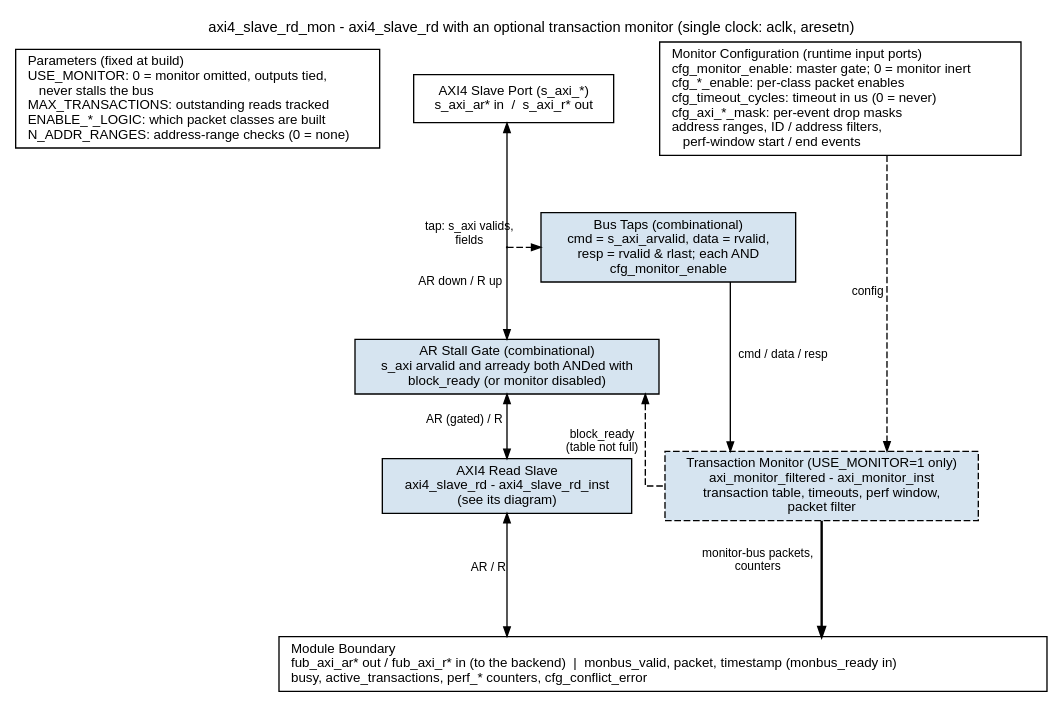
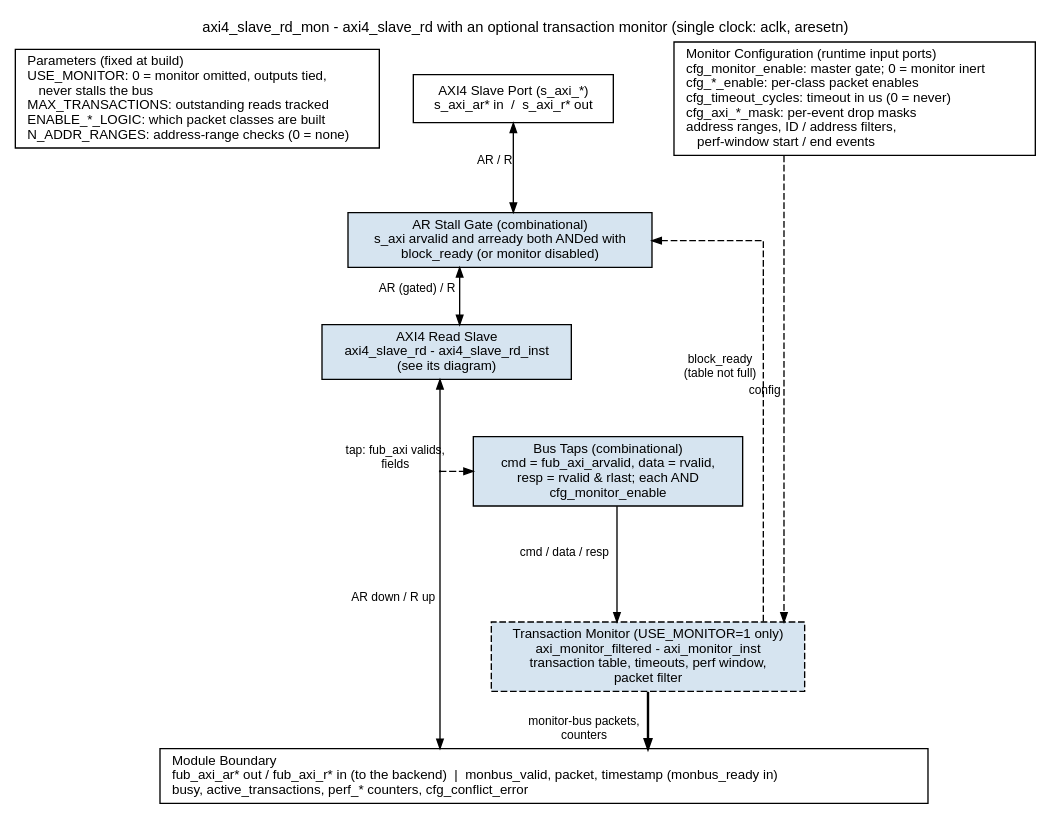
One commit to sean-galloway/RTLDesignSherpa changed the diagram in docs/markdown/assets/rtl-amba/graphviz/axi4_slave_rd_mon.dot. Above: the diagram before and after it, drawn with Graphviz. The commit also changed 118 other files, not shown here.

First line of the commit message:
fix(amba): monitors tap the FUB side; consistent busy; EARLY_BURSTS (Fixes #108, Fixes #113)

```diff
--- a/docs/markdown/assets/rtl-amba/graphviz/axi4_slave_rd_mon.dot
+++ b/docs/markdown/assets/rtl-amba/graphviz/axi4_slave_rd_mon.dot
@@ -1,44 +1,46 @@
 // axi4_slave_rd_mon block diagram - house style (vault/handbook/authoring/block-diagrams.md).
 // Monitored wrapper: the base axi4_slave_rd is one child box (see its own diagram).
 // AXI traffic runs down the left column through the stall gate; the monitor taps the
-// s_axi side (above the gate) and emits monitor-bus packets (the heavy edge). A full transaction table
+// FUB (backend) side (owner rule: monitors always tap the FUB side, for timing) and emits monitor-bus packets (the heavy edge). A full transaction table
 // pushes back on the AR gate through block_ready.
 // Source of truth: rtl/amba/axi4/axi4_slave_rd_mon.sv.
 digraph axi4_slave_rd_mon {
     graph [rankdir=TB, bgcolor="white", fontname="Helvetica", fontsize=11,
            nodesep="0.35", ranksep="0.60", splines=ortho, newrank=true,
            label="axi4_slave_rd_mon - axi4_slave_rd with an optional transaction monitor (single clock: aclk, aresetn)",
            labelloc=t, labeljust=c];
     node  [fontname="Helvetica", fontsize=10, shape=box, style=filled,
            fillcolor="#D6E4F0", color="black", margin="0.12,0.06"];
     edge  [fontname="Helvetica", fontsize=9, color="black", arrowsize=0.7];
 
     prm  [label="Parameters (fixed at build)\lUSE_MONITOR: 0 = monitor omitted, outputs tied,\l    never stalls the bus\lMAX_TRANSACTIONS: outstanding reads tracked\lENABLE_*_LOGIC: which packet classes are built\lN_ADDR_RANGES: address-range checks (0 = none)\l", fillcolor="white"];
     fub  [label="AXI4 Slave Port (s_axi_*)\ns_axi_ar* in  /  s_axi_r* out", fillcolor="white"];
     cfg  [label="Monitor Configuration (runtime input ports)\lcfg_monitor_enable: master gate; 0 = monitor inert\lcfg_*_enable: per-class packet enables\lcfg_timeout_cycles: timeout in us (0 = never)\lcfg_axi_*_mask: per-event drop masks\laddress ranges, ID / address filters,\l    perf-window start / end events\l", fillcolor="white"];
 
     gate [label="AR Stall Gate (combinational)\ns_axi arvalid and arready both ANDed with\nblock_ready (or monitor disabled)"];
     base [label="AXI4 Read Slave\naxi4_slave_rd - axi4_slave_rd_inst\n(see its diagram)"];
-    taps [label="Bus Taps (combinational)\ncmd = s_axi_arvalid, data = rvalid,\nresp = rvalid & rlast; each AND\ncfg_monitor_enable"];
+    taps [label="Bus Taps (combinational)\ncmd = fub_axi_arvalid, data = rvalid,\nresp = rvalid & rlast; each AND\ncfg_monitor_enable"];
     mon  [label="Transaction Monitor (USE_MONITOR=1 only)\naxi_monitor_filtered - axi_monitor_inst\ntransaction table, timeouts, perf window,\npacket filter", style="filled,dashed"];
 
     bar  [label="Module Boundary\lfub_axi_ar* out / fub_axi_r* in (to the backend)  |  monbus_valid, packet, timestamp (monbus_ready in)\lbusy, active_transactions, perf_* counters, cfg_conflict_error\l",
           fillcolor="white", width=8.0];
 
-    // AXI path: down the left (requests down, responses back up on the same pair)
+    // AXI path: down the left (requests down, responses back up on the same pair).
+    // The tap point sits on the FUB (backend) side, below the base: the gate stalls
+    // the upstream s_axi request, the monitor watches the backend handshake.
+    fub  -> gate [dir=both, xlabel="AR / R"];
+    gate -> base [dir=both, xlabel="AR (gated) / R"];
     p_ax [shape=point, width=0.01];
-    fub  -> p_ax [dir=back, headclip=false];
-    p_ax -> gate [dir=forward, tailclip=false, xlabel="AR down / R up"];
-    gate -> base [dir=both, xlabel="AR (gated) / R"];
-    base -> bar  [dir=both, minlen=2, xlabel="AR / R"];
+    base -> p_ax [dir=back, headclip=false];
+    p_ax -> bar  [dir=forward, tailclip=false, xlabel="AR down / R up"];
     // observation and packets
-    p_ax -> taps [style=dashed, tailclip=false, xlabel="tap: s_axi valids,\nfields"];
+    p_ax -> taps [style=dashed, tailclip=false, xlabel="tap: fub_axi valids,\nfields"];
     taps -> mon  [minlen=2, xlabel="cmd / data / resp"];
     mon  -> bar  [penwidth=1.8, xlabel="monitor-bus packets,\ncounters"];
     gate -> mon  [style=dashed, dir=back, constraint=false, xlabel="block_ready\n(table not full)"];
     cfg  -> mon  [style=dashed, xlabel="config"];
 
     { rank=same; prm; fub; cfg; }
     { rank=same; p_ax; taps; }
     prm -> fub [style=invis]; fub -> cfg [style=invis];
 }
```
